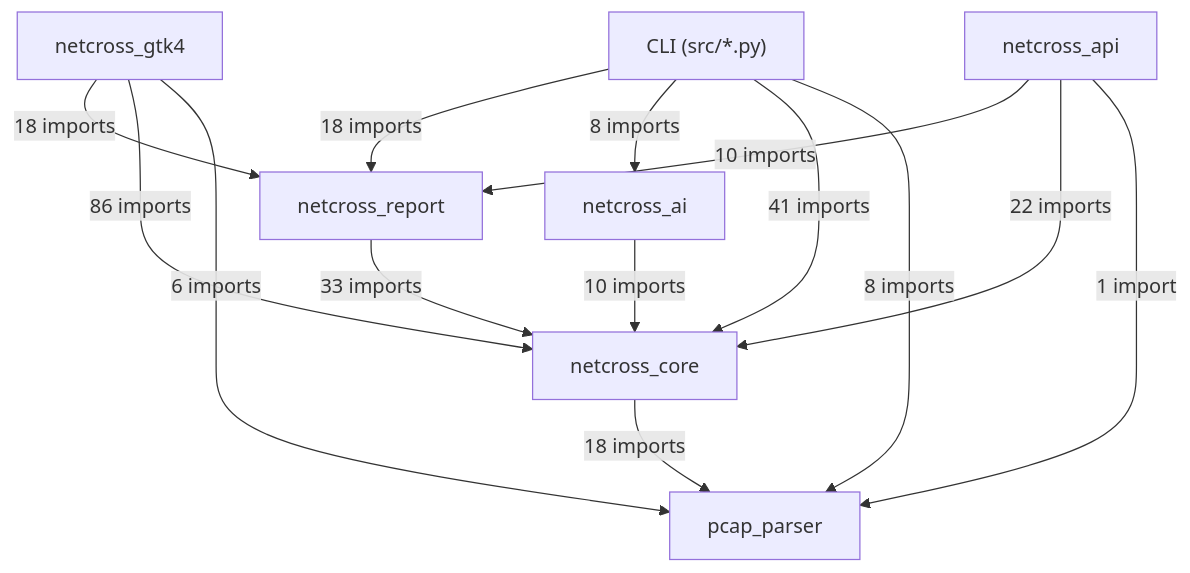
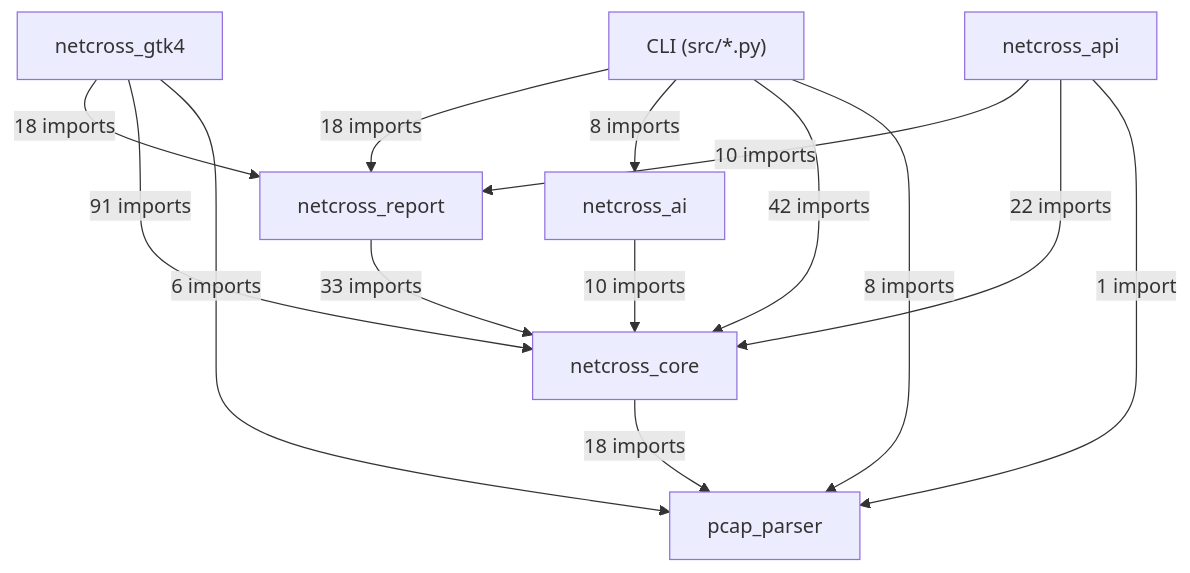
The first of 19 diagrams in docs/class-diagram.md (Mathide-Team/Netcross), drawn with Mermaid before and after one commit. The commit also changed other lines of this file and 11 other files, not shown here.

````diff
--- a/docs/class-diagram.md
+++ b/docs/class-diagram.md
@@ -26,23 +26,23 @@
 ```mermaid
 flowchart TD
     CLI["CLI (src/*.py)"]
     netcross_gtk4["netcross_gtk4"]
     netcross_api["netcross_api"]
     netcross_report["netcross_report"]
     netcross_ai["netcross_ai"]
     netcross_core["netcross_core"]
     pcap_parser["pcap_parser"]
     CLI -->|"18 imports"| netcross_report
     CLI -->|"8 imports"| netcross_ai
-    CLI -->|"41 imports"| netcross_core
+    CLI -->|"42 imports"| netcross_core
     CLI -->|"8 imports"| pcap_parser
     netcross_gtk4 -->|"18 imports"| netcross_report
-    netcross_gtk4 -->|"86 imports"| netcross_core
+    netcross_gtk4 -->|"91 imports"| netcross_core
     netcross_gtk4 -->|"6 imports"| pcap_parser
     netcross_api -->|"10 imports"| netcross_report
     netcross_api -->|"22 imports"| netcross_core
     netcross_api -->|"1 import"| pcap_parser
     netcross_report -->|"33 imports"| netcross_core
     netcross_ai -->|"10 imports"| netcross_core
     netcross_core -->|"18 imports"| pcap_parser
 ```
````
